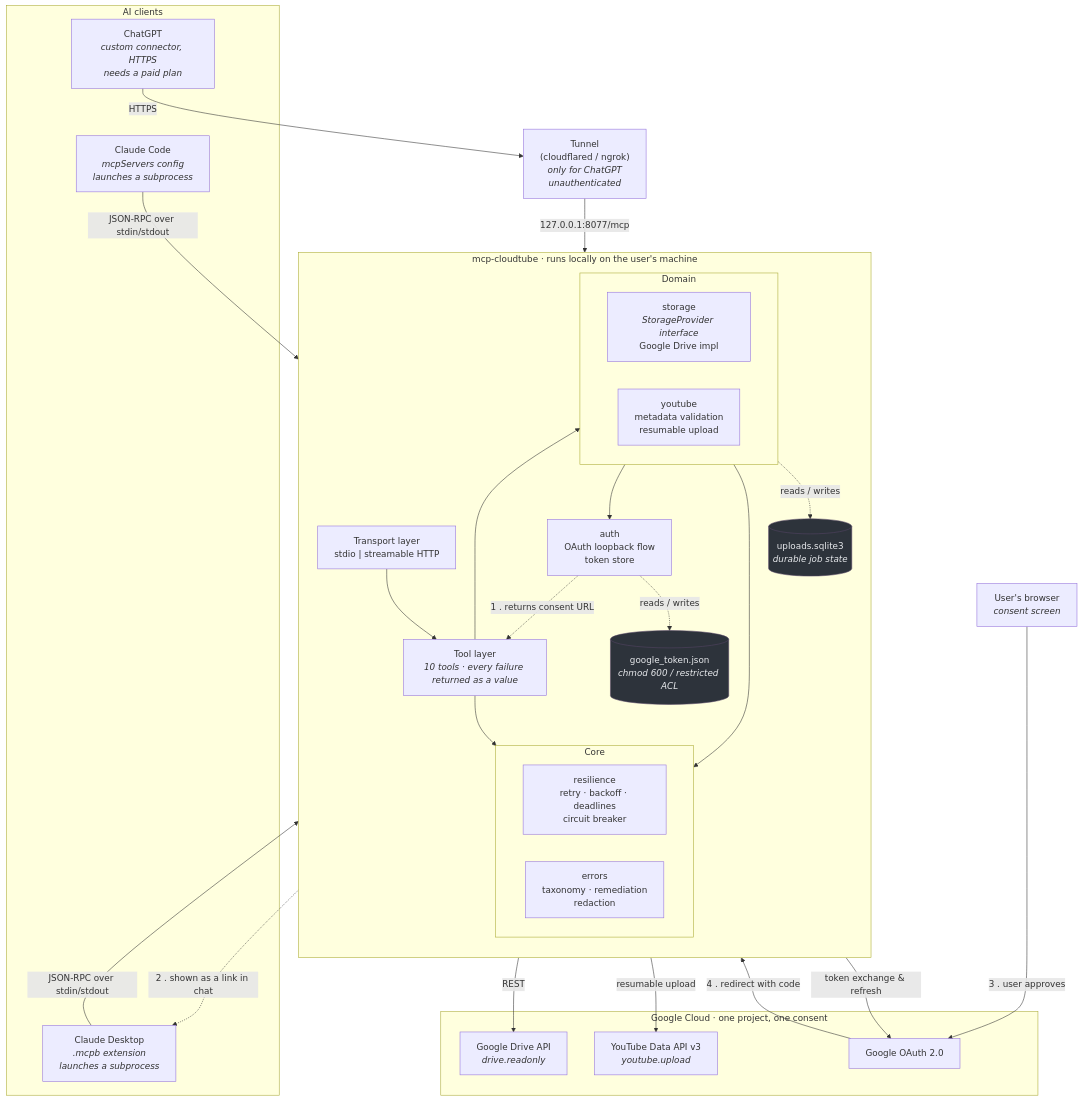
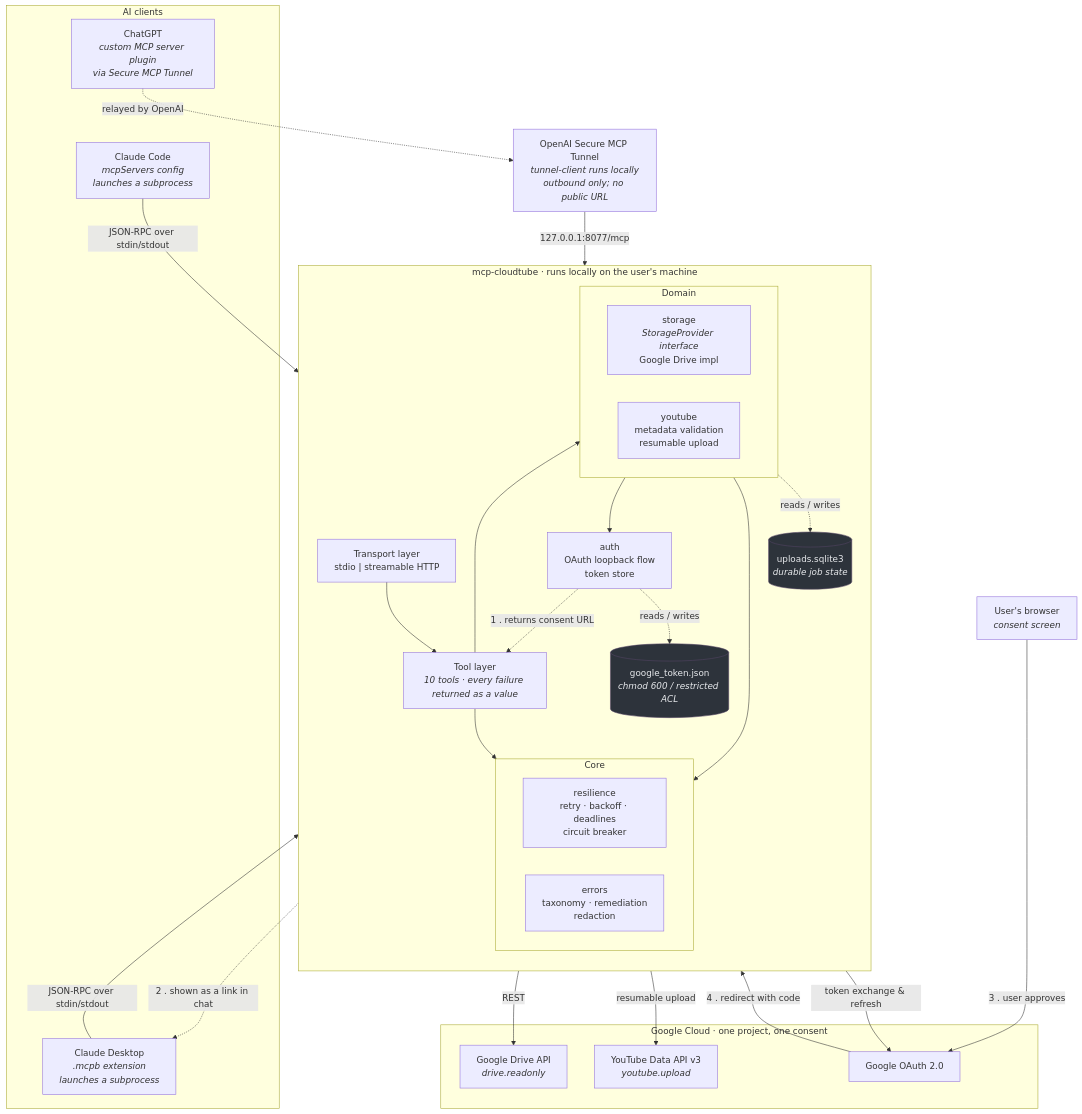
One commit to User69-og/mcp-cloudtube changed the first of 3 diagrams in docs/ARCHITECTURE.md. Above: the diagram before and after it, drawn with Mermaid. The commit also changed other lines of this file and 4 other files, not shown here.

First line of the commit message:
Both clients now verified; document the real ChatGPT path

````diff
--- a/docs/ARCHITECTURE.md
+++ b/docs/ARCHITECTURE.md
@@ -5,64 +5,64 @@
 ```mermaid
 flowchart TB
     subgraph clients["AI clients"]
         claude["Claude Desktop<br/><i>.mcpb extension</i><br/><i>launches a subprocess</i>"]
         code["Claude Code<br/><i>mcpServers config</i><br/><i>launches a subprocess</i>"]
-        chatgpt["ChatGPT<br/><i>custom connector, HTTPS</i><br/><i>needs a paid plan</i>"]
+        chatgpt["ChatGPT<br/><i>custom MCP server plugin</i><br/><i>via Secure MCP Tunnel</i>"]
     end
 
-    tunnel["Tunnel<br/>(cloudflared / ngrok)<br/><i>only for ChatGPT</i><br/><i>unauthenticated</i>"]
+    tunnel["OpenAI Secure MCP Tunnel<br/><i>tunnel-client runs locally</i><br/><i>outbound only; no public URL</i>"]
 
     subgraph server["mcp-cloudtube  ·  runs locally on the user's machine"]
         direction TB
         transport["Transport layer<br/>stdio  |  streamable HTTP"]
         tools["Tool layer<br/><i>10 tools · every failure returned as a value</i>"]
 
         subgraph core["Core"]
             direction LR
             resil["resilience<br/>retry · backoff · deadlines<br/>circuit breaker"]
             errs["errors<br/>taxonomy · remediation<br/>redaction"]
         end
 
         subgraph domain["Domain"]
             direction LR
             storage["storage<br/><i>StorageProvider interface</i><br/>Google Drive impl"]
             yt["youtube<br/>metadata validation<br/>resumable upload"]
         end
 
         auth["auth<br/>OAuth loopback flow<br/>token store"]
         jobs[("uploads.sqlite3<br/><i>durable job state</i>")]
         tokens[("google_token.json<br/><i>chmod 600 / restricted ACL</i>")]
     end
 
     subgraph google["Google Cloud  ·  one project, one consent"]
         drive["Google Drive API<br/><i>drive.readonly</i>"]
         ytapi["YouTube Data API v3<br/><i>youtube.upload</i>"]
         oauth["Google OAuth 2.0"]
     end
 
     browser["User's browser<br/><i>consent screen</i>"]
 
     claude -->|"JSON-RPC over stdin/stdout"| transport
     code -->|"JSON-RPC over stdin/stdout"| transport
-    chatgpt -->|HTTPS| tunnel -->|"127.0.0.1:8077/mcp"| transport
+    chatgpt -.->|"relayed by OpenAI"| tunnel -->|"127.0.0.1:8077/mcp"| transport
 
     transport --> tools
     tools --> core
     tools --> domain
     domain --> core
     domain --> auth
     auth -.->|reads / writes| tokens
     yt -.->|reads / writes| jobs
 
     storage -->|REST| drive
     yt -->|"resumable upload"| ytapi
     auth -->|"token exchange & refresh"| oauth
 
     auth -.->|"1 . returns consent URL"| tools
     tools -.->|"2 . shown as a link in chat"| claude
     browser -->|"3 . user approves"| oauth
     oauth -->|"4 . redirect with code"| auth
 
     classDef store fill:#2d333b,stroke:#546,color:#e8eaed
     class jobs,tokens store
 ```
````
